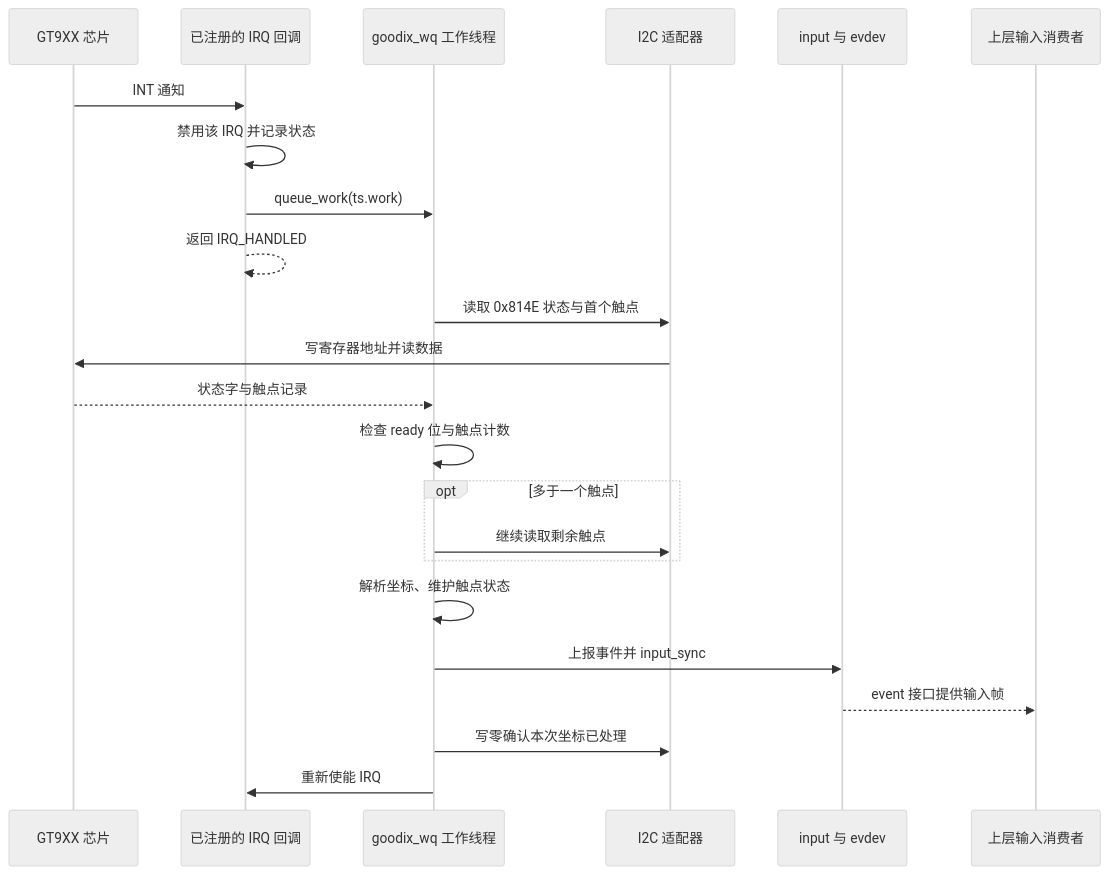
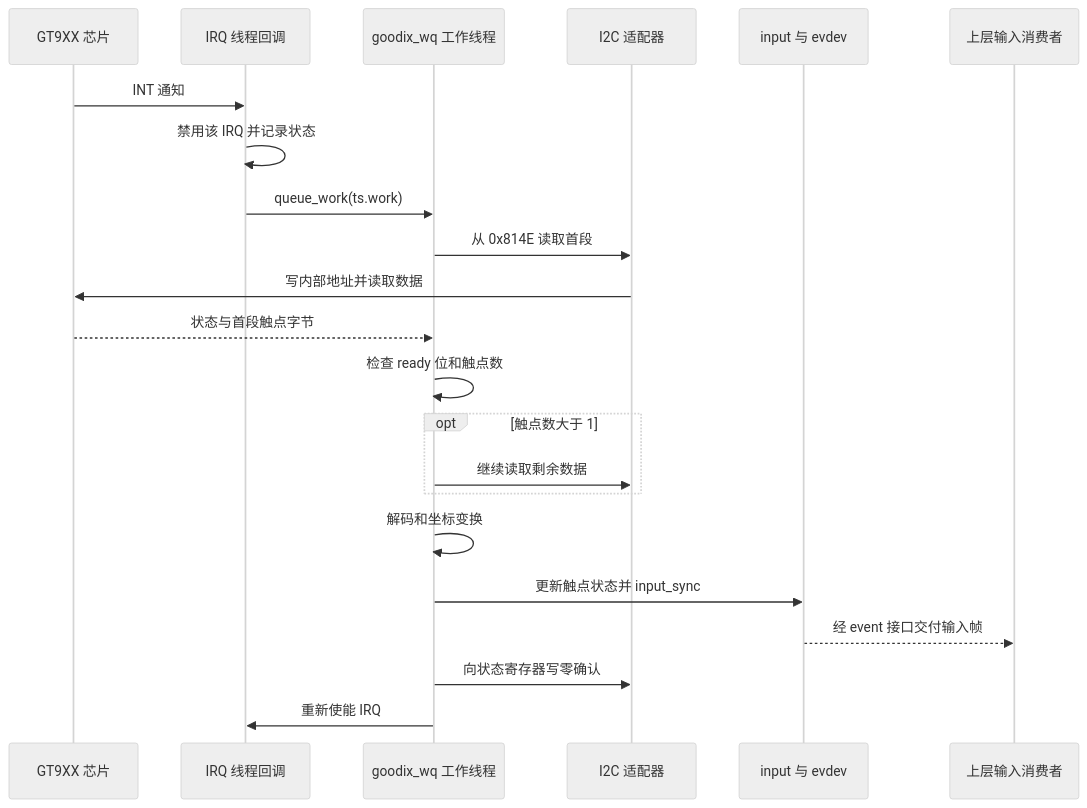
The diagram in docs/RK3566_项目学习/07_触摸与input.md (Bamboo-tt/RK3566_Ground_segment), drawn with Mermaid (neutral theme) before and after one commit. The commit also changed other lines of this file and 19 other files, not shown here.

````diff
--- a/docs/RK3566_项目学习/07_触摸与input.md
+++ b/docs/RK3566_项目学习/07_触摸与input.md
@@ -19,25 +38,24 @@
 ```mermaid
 sequenceDiagram
     participant IC as GT9XX 芯片
-    participant IRQ as 已注册的 IRQ 回调
+    participant IRQ as IRQ 线程回调
     participant WQ as goodix_wq 工作线程
     participant I2C as I2C 适配器
     participant IN as input 与 evdev
     participant UI as 上层输入消费者
     IC->>IRQ: INT 通知
     IRQ->>IRQ: 禁用该 IRQ 并记录状态
     IRQ->>WQ: queue_work(ts.work)
-    IRQ-->>IRQ: 返回 IRQ_HANDLED
-    WQ->>I2C: 读取 0x814E 状态与首个触点
-    I2C->>IC: 写寄存器地址并读数据
-    IC-->>WQ: 状态字与触点记录
-    WQ->>WQ: 检查 ready 位与触点计数
-    opt 多于一个触点
-        WQ->>I2C: 继续读取剩余触点
+    WQ->>I2C: 从 0x814E 读取首段
+    I2C->>IC: 写内部地址并读取数据
+    IC-->>WQ: 状态与首段触点字节
+    WQ->>WQ: 检查 ready 位和触点数
+    opt 触点数大于 1
+        WQ->>I2C: 继续读取剩余数据
     end
-    WQ->>WQ: 解析坐标、维护触点状态
-    WQ->>IN: 上报事件并 input_sync
-    IN-->>UI: event 接口提供输入帧
-    WQ->>I2C: 写零确认本次坐标已处理
+    WQ->>WQ: 解码和坐标变换
+    WQ->>IN: 更新触点状态并 input_sync
+    IN-->>UI: 经 event 接口交付输入帧
+    WQ->>I2C: 向状态寄存器写零确认
     WQ->>IRQ: 重新使能 IRQ
 ```
````
